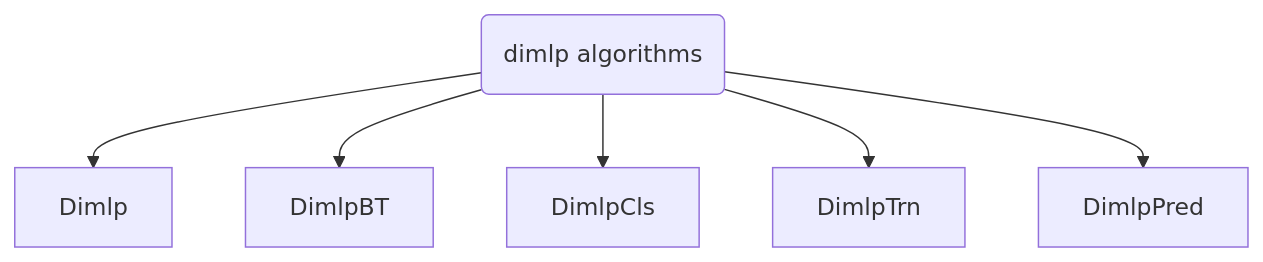
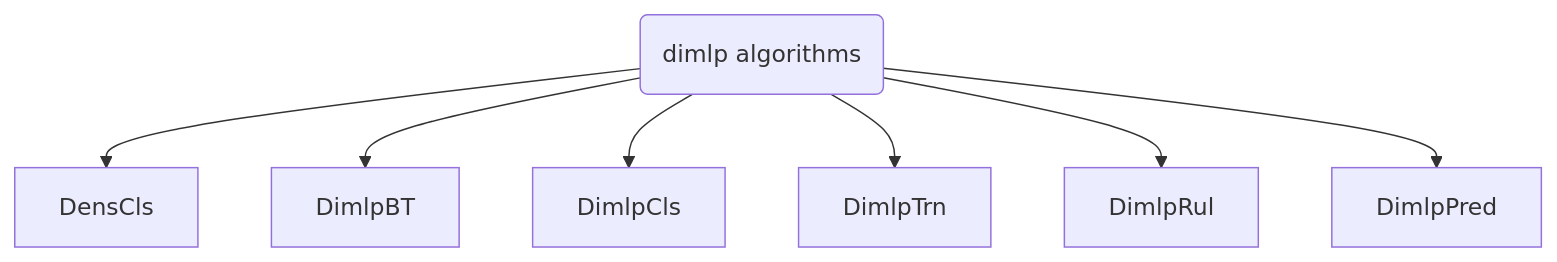
The diagram in docs/documentation/algorithms/dimlp/overview.md (HES-XPLAIN/hes-xplain.github.io), drawn with Mermaid before and after one commit. The commit also changed other lines of this file and 14 other files, not shown here.

````diff
--- a/docs/documentation/algorithms/dimlp/overview.md
+++ b/docs/documentation/algorithms/dimlp/overview.md
@@ -12,8 +12,9 @@
 ```mermaid
 graph TD;
-    d(dimlp algorithms) --> Dimlp;
+    d(dimlp algorithms) --> DensCls;
     d --> DimlpBT;
     d --> DimlpCls;
     d --> DimlpTrn;
+    d --> DimlpRul;
     d --> DimlpPred;
 ```
````
